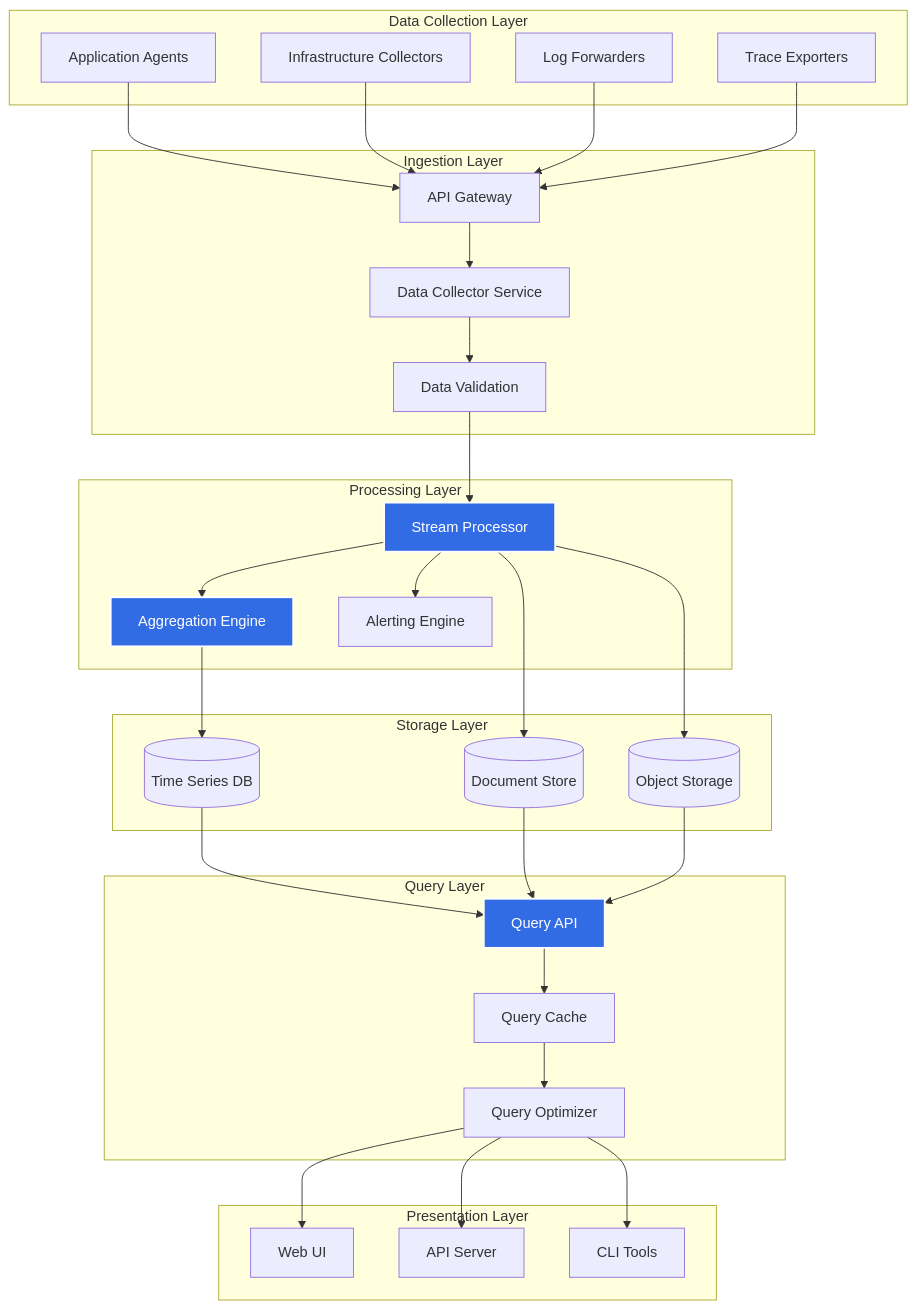
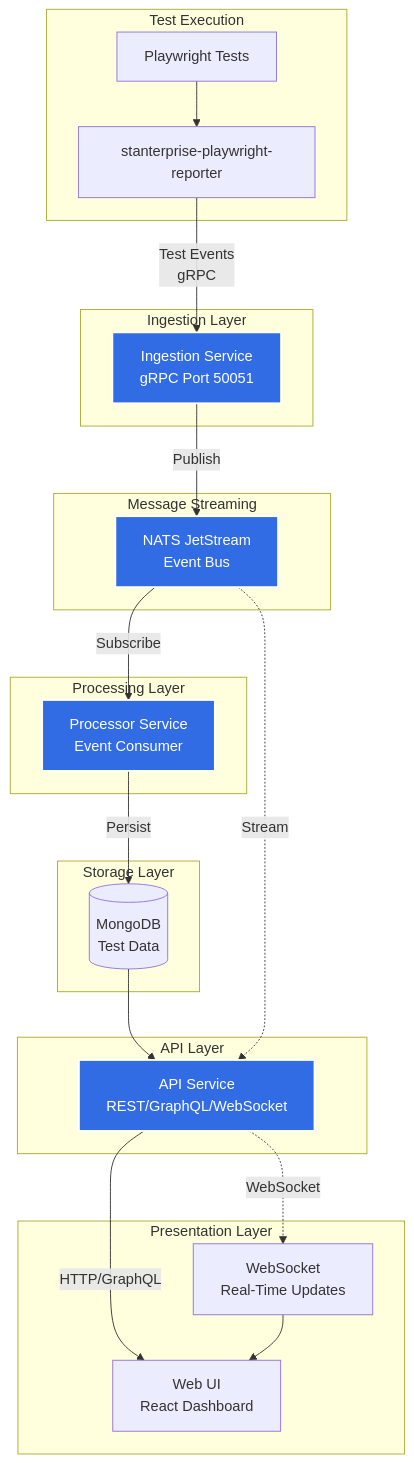
The diagram in content/en/docs/architecture/_index.md (stanterprise/stanterprise.github.io), drawn with Mermaid before and after one commit. The commit also changed other lines of this file and 5 other files, not shown here.

Commit message:
Update documentation with Observer and Playwright Reporter information

````diff
--- a/content/en/docs/architecture/_index.md
+++ b/content/en/docs/architecture/_index.md
@@ -13,64 +13,48 @@
 ```mermaid
 graph TB
-    subgraph "Data Collection Layer"
-        A[Application Agents]
-        B[Infrastructure Collectors]
-        C[Log Forwarders]
-        D[Trace Exporters]
+    subgraph "Test Execution"
+        A[Playwright Tests]
+        B[stanterprise-playwright-reporter]
     end
     
     subgraph "Ingestion Layer"
-        E[API Gateway]
-        F[Data Collector Service]
-        G[Data Validation]
+        C[Ingestion Service<br/>gRPC Port 50051]
+    end
+    
+    subgraph "Message Streaming"
+        D[NATS JetStream<br/>Event Bus]
     end
     
     subgraph "Processing Layer"
-        H[Stream Processor]
-        I[Aggregation Engine]
-        J[Alerting Engine]
+        E[Processor Service<br/>Event Consumer]
     end
     
     subgraph "Storage Layer"
-        K[(Time Series DB)]
-        L[(Document Store)]
-        M[(Object Storage)]
+        F[(MongoDB<br/>Test Data)]
     end
     
-    subgraph "Query Layer"
-        N[Query API]
-        O[Query Cache]
-        P[Query Optimizer]
+    subgraph "API Layer"
+        G[API Service<br/>REST/GraphQL/WebSocket]
     end
     
     subgraph "Presentation Layer"
-        Q[Web UI]
-        R[API Server]
-        S[CLI Tools]
+        H[Web UI<br/>React Dashboard]
+        I[WebSocket<br/>Real-Time Updates]
     end
     
-    A --> E
-    B --> E
-    C --> E
-    D --> E
-    E --> F
+    A --> B
+    B -->|Test Events<br/>gRPC| C
+    C -->|Publish| D
+    D -->|Subscribe| E
+    E -->|Persist| F
     F --> G
-    G --> H
-    H --> I
-    H --> J
-    I --> K
-    H --> L
-    H --> M
-    K --> N
-    L --> N
-    M --> N
-    N --> O
-    O --> P
-    P --> Q
-    P --> R
-    P --> S
+    D -.->|Stream| G
+    G -->|HTTP/GraphQL| H
+    G -.->|WebSocket| I
+    I --> H
     
-    style H fill:#326ce5,stroke:#fff,stroke-width:2px,color:#fff
-    style I fill:#326ce5,stroke:#fff,stroke-width:2px,color:#fff
-    style N fill:#326ce5,stroke:#fff,stroke-width:2px,color:#fff
+    style C fill:#326ce5,stroke:#fff,stroke-width:2px,color:#fff
+    style D fill:#326ce5,stroke:#fff,stroke-width:2px,color:#fff
+    style E fill:#326ce5,stroke:#fff,stroke-width:2px,color:#fff
+    style G fill:#326ce5,stroke:#fff,stroke-width:2px,color:#fff
 ```
````
